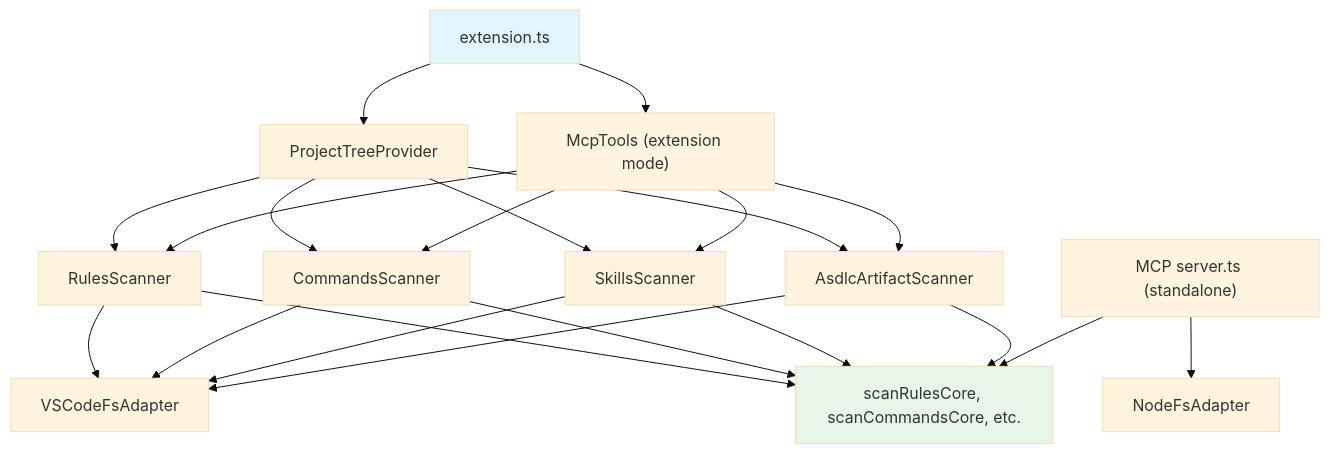
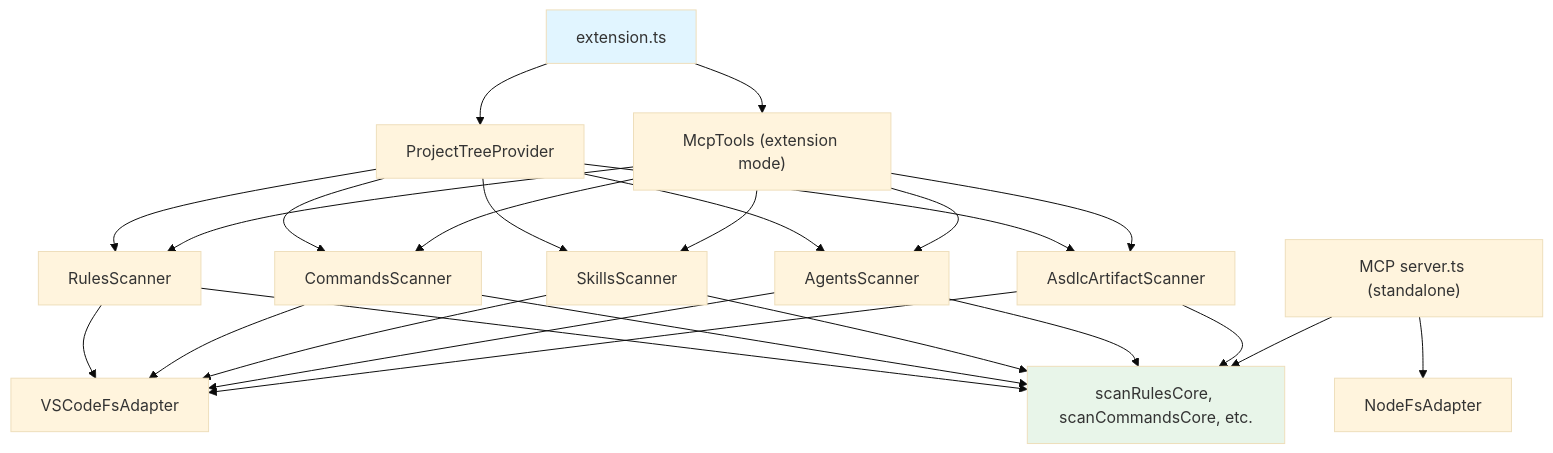
Before and after one commit to fancy-bread/agent-context-explorer: the diagram in specs/scanners/spec.md, drawn with Mermaid (base theme). The commit also changed other lines of this file and 6 other files, not shown here.

First line of the commit message:
docs: Phase 6 living specs for agents and MCP (FB-123)

````diff
--- a/specs/scanners/spec.md
+++ b/specs/scanners/spec.md
@@ -73,44 +75,49 @@
 ```mermaid
 graph TB
     Extension["extension.ts"]
     TreeProvider["ProjectTreeProvider"]
     McpTools["McpTools (extension mode)"]
     McpStandalone["MCP server.ts (standalone)"]
     
     RulesScanner["RulesScanner"]
     CommandsScanner["CommandsScanner"]
     SkillsScanner["SkillsScanner"]
+    AgentsScanner["AgentsScanner"]
     AsdlcScanner["AsdlcArtifactScanner"]
     
     Core["scanRulesCore, scanCommandsCore, etc."]
     VSCodeAdapter["VSCodeFsAdapter"]
     NodeAdapter["NodeFsAdapter"]
     
     Extension --> TreeProvider
     Extension --> McpTools
     
     TreeProvider --> RulesScanner
     TreeProvider --> CommandsScanner
     TreeProvider --> SkillsScanner
+    TreeProvider --> AgentsScanner
     TreeProvider --> AsdlcScanner
     
     McpTools --> RulesScanner
     McpTools --> CommandsScanner
     McpTools --> SkillsScanner
+    McpTools --> AgentsScanner
     McpTools --> AsdlcScanner
     
     RulesScanner --> VSCodeAdapter
     RulesScanner --> Core
     CommandsScanner --> VSCodeAdapter
     CommandsScanner --> Core
     SkillsScanner --> VSCodeAdapter
     SkillsScanner --> Core
+    AgentsScanner --> VSCodeAdapter
+    AgentsScanner --> Core
     AsdlcScanner --> VSCodeAdapter
     AsdlcScanner --> Core
     
     McpStandalone --> NodeAdapter
     McpStandalone --> Core
     
     style Extension fill:#e1f5ff
     style Core fill:#e8f5e9
 ```
````
